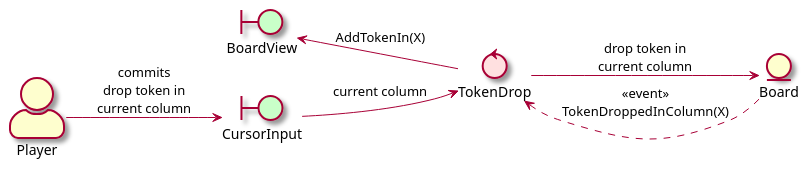
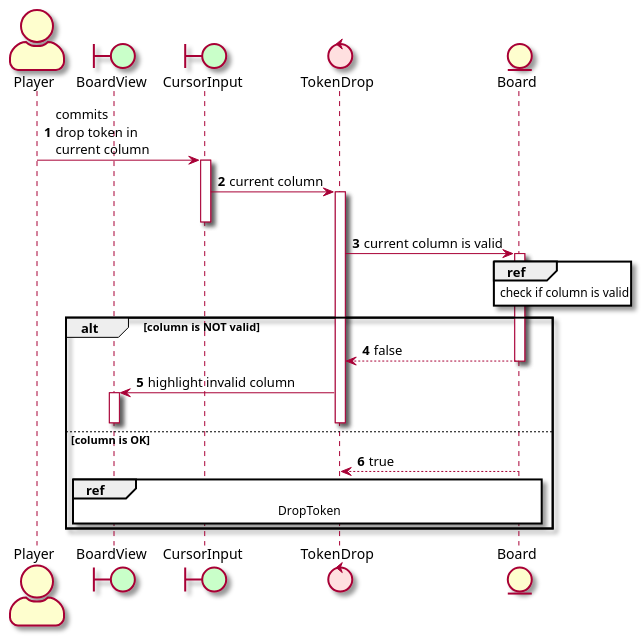
One commit to RicardoGuzmanVelasco/TDDpraxis changed the diagram in Assets/Connect4/Documentation~/DropToken.puml. Above: the diagram before and after it, drawn with PlantUML. The commit also changed 7 other files, not shown here.

```diff
--- a/Assets/Connect4/Documentation~/DropToken.puml
+++ b/Assets/Connect4/Documentation~/DropToken.puml
@@ -1,19 +1,31 @@
 @startuml
 skin rose
 skinparam actorstyle awesome
-left to right direction
+autonumber
+autoactivate on
 
 actor Player
+boundary BoardView #technology
 boundary CursorInput #technology
-boundary BoardView #technology
 control TokenDrop #implementation
 entity Board
 
-Player --> CursorInput : commits\ndrop token in\ncurrent column
-CursorInput --> TokenDrop : current column
-TokenDrop --> Board : drop token in\ncurrent column
-Board ..> TokenDrop : <<event>>\nTokenDroppedInColumn(X)
-TokenDrop -> BoardView : AddTokenIn(X)
-
-CursorInput .l. BoardView #transparent
+Player -> CursorInput : commits\ndrop token in\ncurrent column
+CursorInput -> TokenDrop : current column
+deactivate CursorInput
+TokenDrop -> Board : current column is valid
+ref over Board
+    check if column is valid
+end ref
+alt column is NOT valid
+    return false 
+    TokenDrop -> BoardView : highlight invalid column
+    deactivate TokenDrop
+    deactivate BoardView
+else column is OK
+    Board --> TokenDrop : true
+    ref over BoardView, Board
+        DropToken
+    end ref
+end
 @enduml
```
